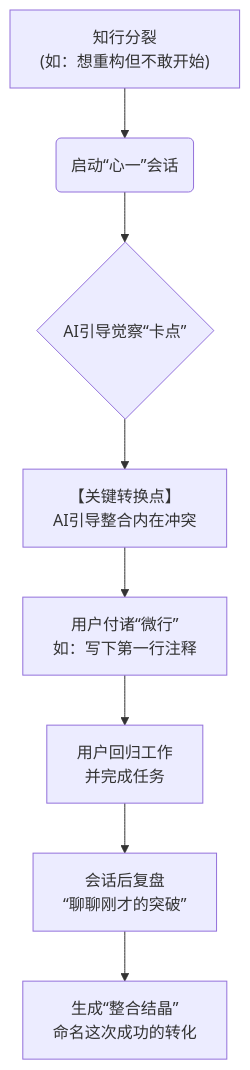
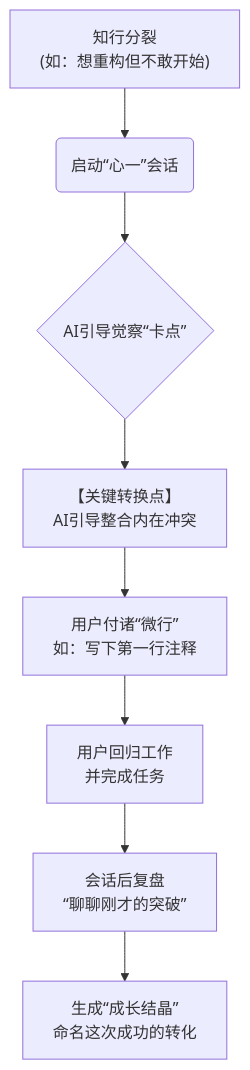
One commit to rainbow-loong/OneMind changed the diagram in doc/MVP/0_MVP_战略与目标.md. Above: the diagram before and after it, drawn with Mermaid. The commit also changed other lines of this file and 18 other files, not shown here.

````diff
--- a/doc/MVP/0_MVP_战略与目标.md
+++ b/doc/MVP/0_MVP_战略与目标.md
@@ -57,10 +57,10 @@
 ```mermaid
 graph TD
     A["知行分裂<br>(如：想重构但不敢开始)"] --> B("启动“心一”会话");
     B --> C{"AI引导觉察“卡点”"};
     C --> D["【关键转换点】<br>AI引导整合内在冲突"];
     D --> E["用户付诸“微行”<br>如：写下第一行注释"];
     E --> F["用户回归工作<br>并完成任务"];
     F --> G["会话后复盘<br>“聊聊刚才的突破”"];
-    G --> H["生成“整合结晶”<br>命名这次成功的转化"];
+    G --> H["生成“成长结晶”<br>命名这次成功的转化"];
 ```
````
